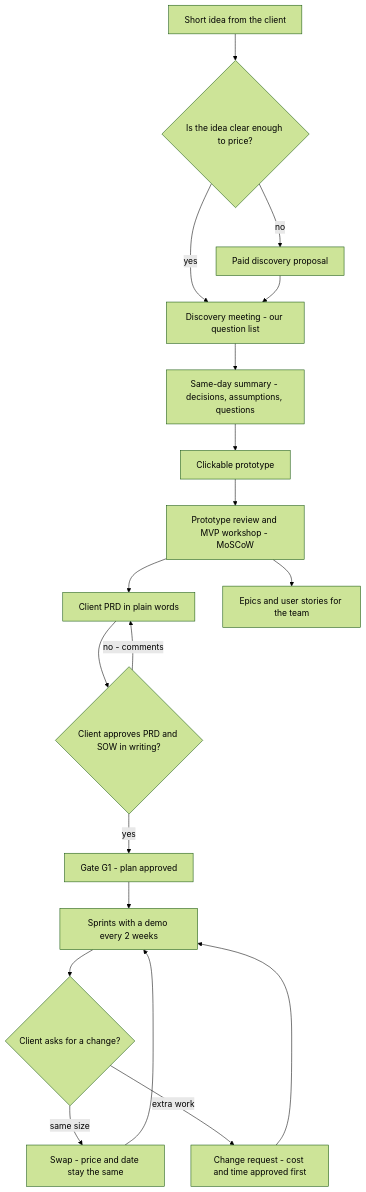
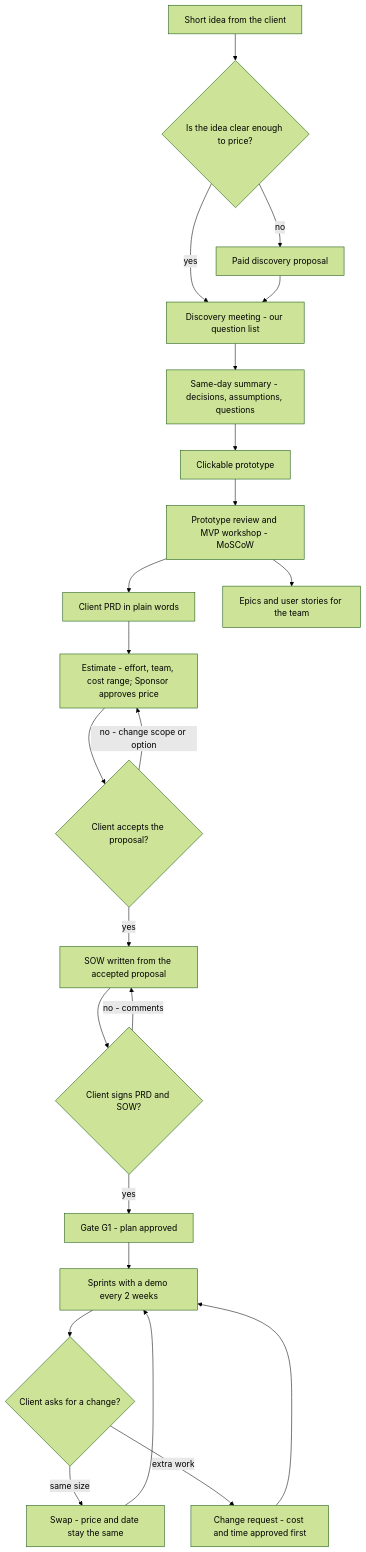
Before and after one commit to desh-raj-fsd/IBM-JavaScript-Backend-Developer: the sixth of 7 diagrams in SDLC/01-Planning/Planning.md, drawn with Mermaid (forest theme). The commit also changed other lines of this file and 5 other files, not shown here.

First line of the commit message:
SDLC: add estimate, proposal and SOW steps before Gate G1

````diff
--- a/SDLC/01-Planning/Planning.md
+++ b/SDLC/01-Planning/Planning.md
@@ -721,21 +727,25 @@
 ```mermaid
 flowchart TD
     B["Short idea from the client"] --> V{"Is the idea clear enough to price?"}
     V -->|no| DP["Paid discovery proposal"]
     V -->|yes| M
     DP --> M["Discovery meeting - our question list"]
     M --> S["Same-day summary - decisions, assumptions, questions"]
     S --> P["Clickable prototype"]
     P --> W["Prototype review and MVP workshop - MoSCoW"]
     W --> PRD["Client PRD in plain words"]
     W --> US["Epics and user stories for the team"]
-    PRD --> A{"Client approves PRD and SOW in writing?"}
-    A -->|no - comments| PRD
+    PRD --> E["Estimate - effort, team, cost range; Sponsor approves price"]
+    E --> PR{"Client accepts the proposal?"}
+    PR -->|no - change scope or option| E
+    PR -->|yes| SOW["SOW written from the accepted proposal"]
+    SOW --> A{"Client signs PRD and SOW?"}
+    A -->|no - comments| SOW
     A -->|yes| G1["Gate G1 - plan approved"]
     G1 --> SP["Sprints with a demo every 2 weeks"]
     SP --> CH{"Client asks for a change?"}
     CH -->|same size| SW["Swap - price and date stay the same"]
     CH -->|extra work| CR["Change request - cost and time approved first"]
     SW --> SP
     CR --> SP
 ```
````
